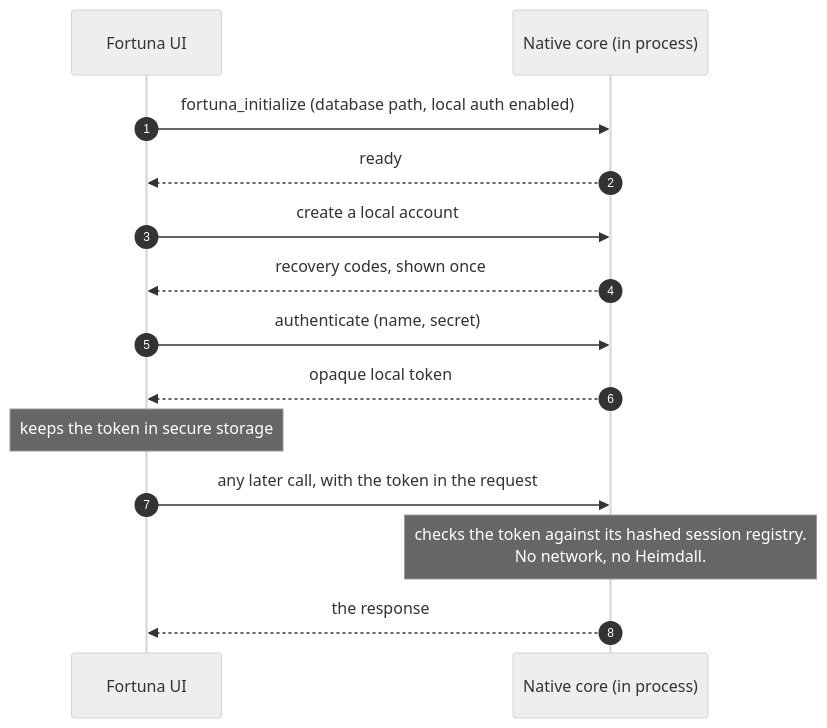
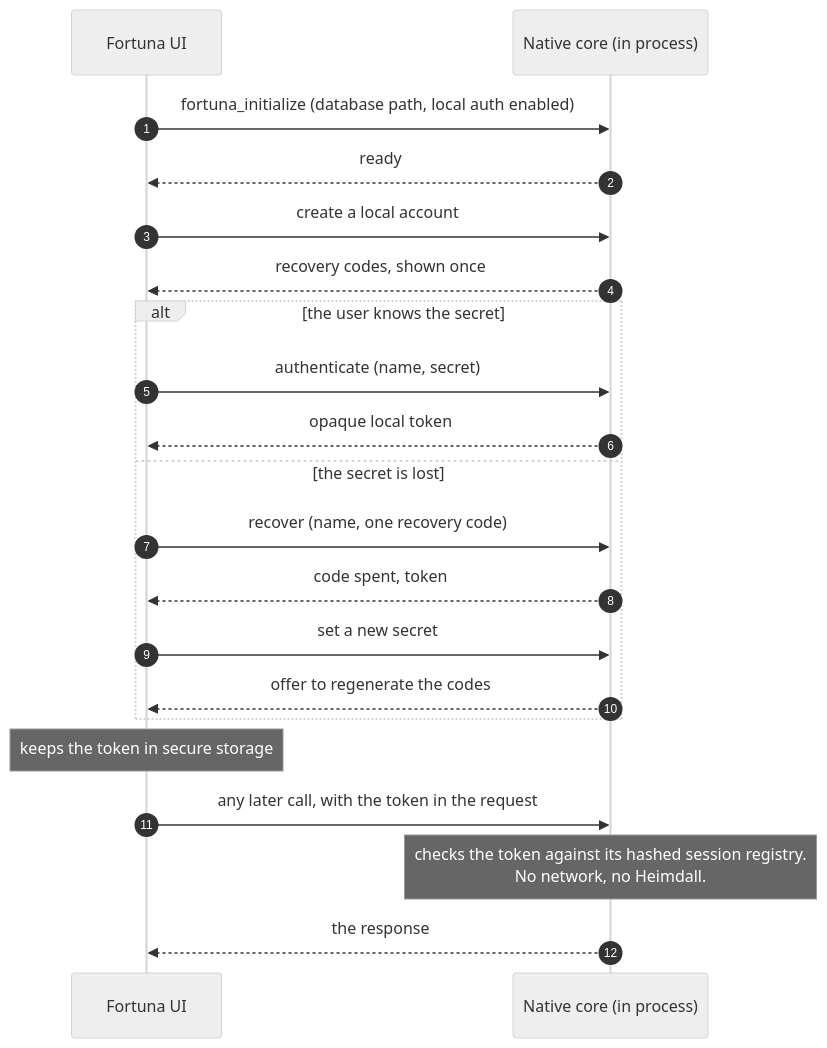
The seventh of 8 diagrams in content/en/docs/architecture/_index.md (artur-rios/fortuna-docs), drawn with Mermaid (neutral theme) before and after one commit. The commit also changed other lines of this file, not shown here.

First line of the commit message:
fix: correct the fortuna architecture page

````diff
--- a/content/en/docs/architecture/_index.md
+++ b/content/en/docs/architecture/_index.md
@@ -455,17 +468,24 @@
 ```mermaid
 sequenceDiagram
     autonumber
     participant UI as Fortuna UI
     participant C as Native core (in process)
 
     UI->>C: fortuna_initialize (database path, local auth enabled)
     C-->>UI: ready
     UI->>C: create a local account
     C-->>UI: recovery codes, shown once
-    UI->>C: authenticate (name, secret)
-    C-->>UI: opaque local token
+    alt the user knows the secret
+        UI->>C: authenticate (name, secret)
+        C-->>UI: opaque local token
+    else the secret is lost
+        UI->>C: recover (name, one recovery code)
+        C-->>UI: code spent, token
+        UI->>C: set a new secret
+        C-->>UI: offer to regenerate the codes
+    end
     Note over UI: keeps the token in secure storage
     UI->>C: any later call, with the token in the request
     Note over C: checks the token against its hashed session registry.<br/>No network, no Heimdall.
     C-->>UI: the response
 ```
````
